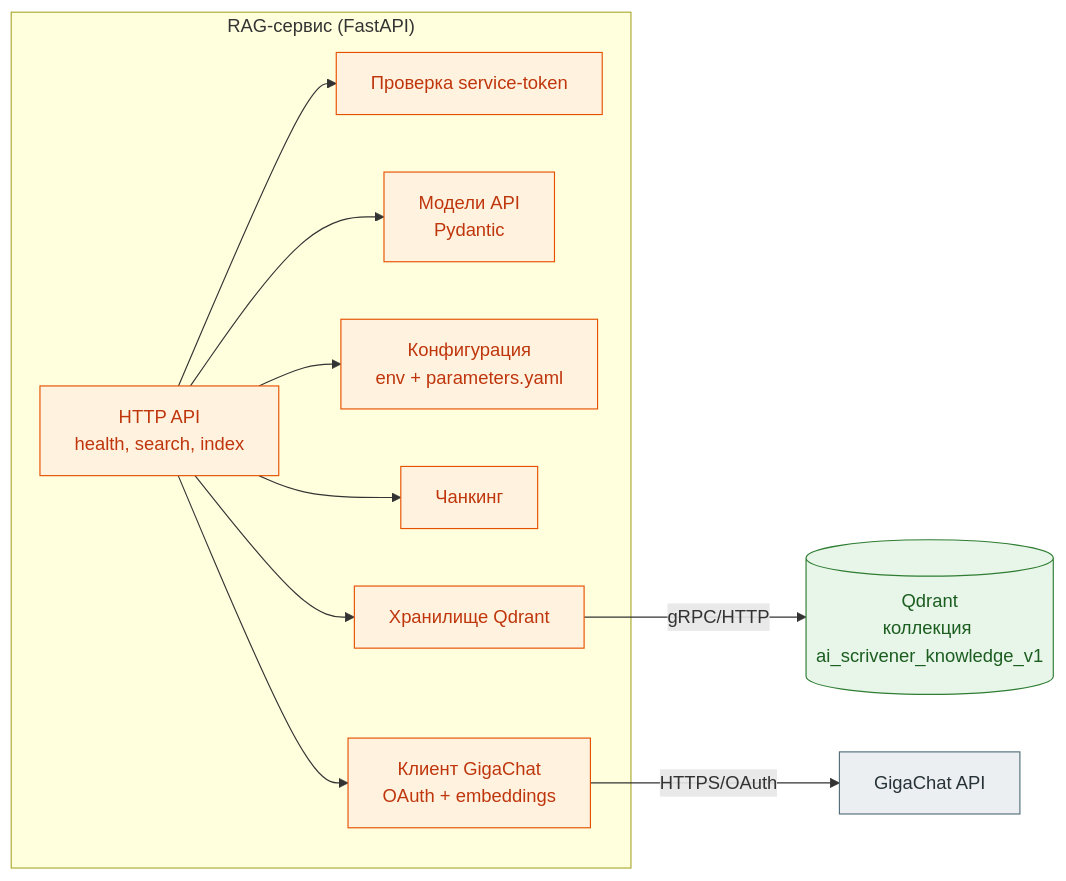
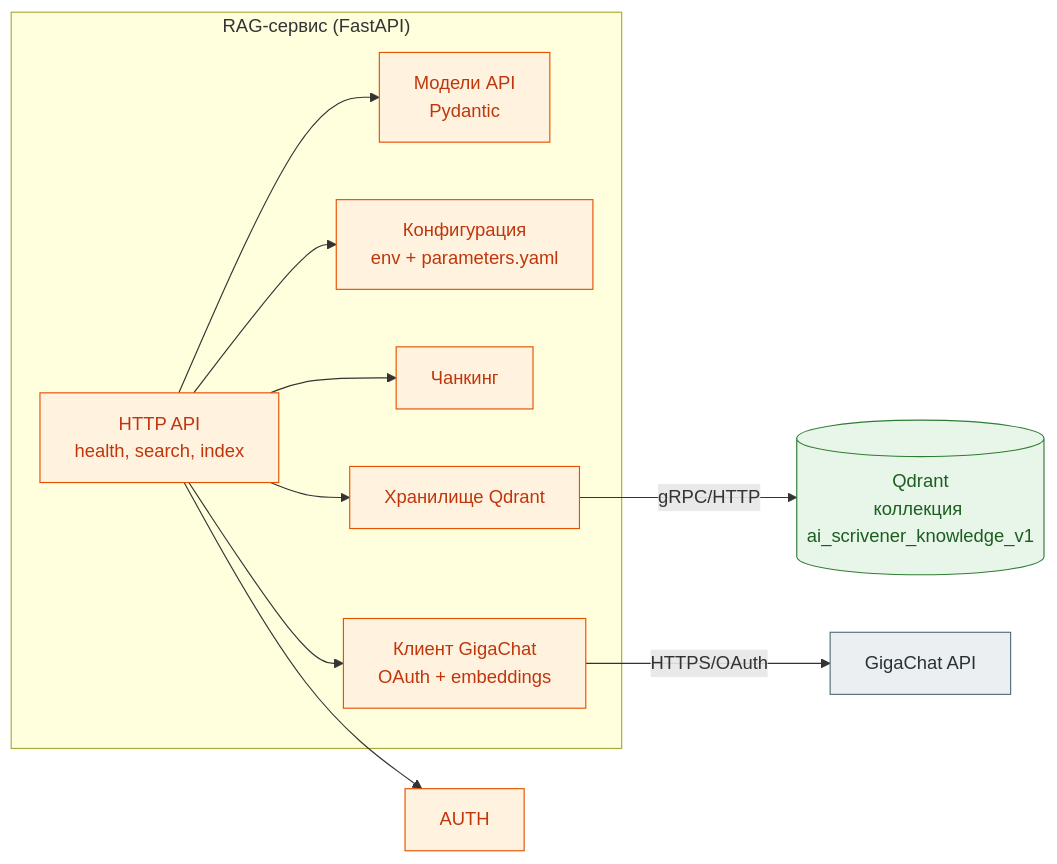
The fourth of 5 diagrams in docs/system-analysis/c4-model.md (igorvolk1961/ai_scrivener), drawn with Mermaid before and after one commit. The commit also changed other lines of this file and 29 other files, not shown here.

````diff
--- a/docs/system-analysis/c4-model.md
+++ b/docs/system-analysis/c4-model.md
@@ -288,31 +288,30 @@
 ```mermaid
 flowchart LR
     subgraph RAG["RAG-сервис (FastAPI)"]
         API["HTTP API<br/>health, search, index"]
-        AUTH["Проверка service-token"]
         MODELS["Модели API<br/>Pydantic"]
         CONFIG["Конфигурация<br/>env + parameters.yaml"]
         CHUNK["Чанкинг"]
         GIGA["Клиент GigaChat<br/>OAuth + embeddings"]
         STORE["Хранилище Qdrant"]
     end
 
     QD[("Qdrant<br/>коллекция ai_scrivener_knowledge_v1")]
     GC["GigaChat API"]
 
     API --> AUTH
     API --> MODELS
     API --> CONFIG
     API --> CHUNK
     API --> STORE
     API --> GIGA
     STORE -->|"gRPC/HTTP"| QD
     GIGA -->|"HTTPS/OAuth"| GC
 
     classDef rag fill:#FFF3E0,stroke:#E65100,color:#BF360C
     classDef storage fill:#E8F5E9,stroke:#2E7D32,color:#1B5E20
     classDef external fill:#ECEFF1,stroke:#546E7A,color:#263238
     class API,AUTH,MODELS,CONFIG,CHUNK,GIGA,STORE rag
     class QD storage
     class GC external
 ```
````
